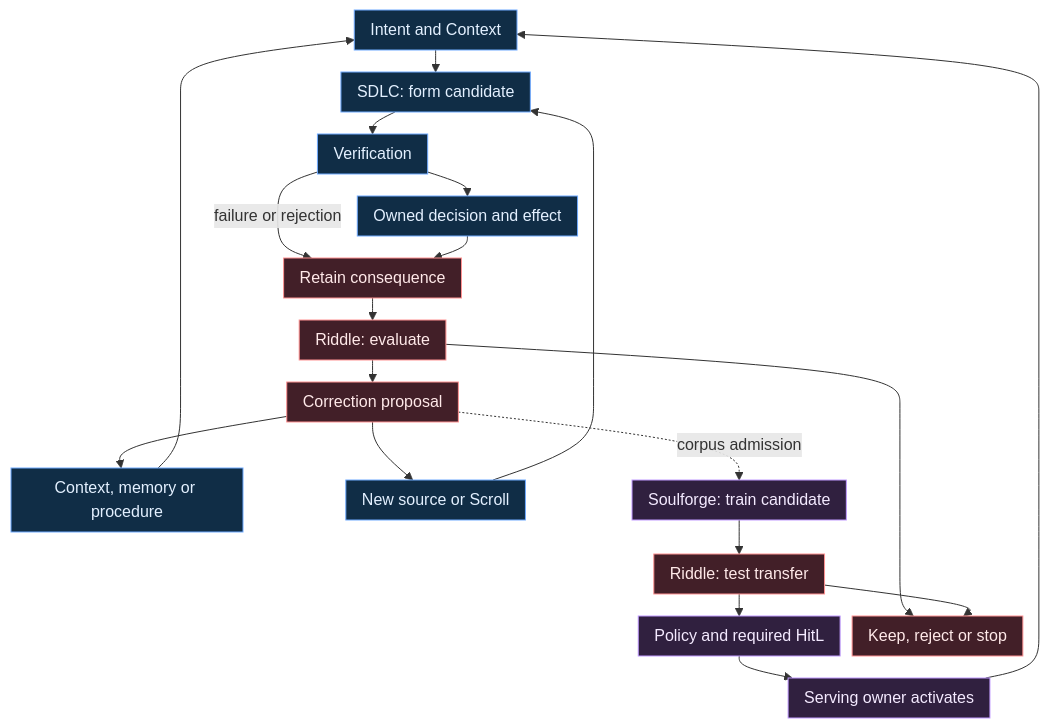
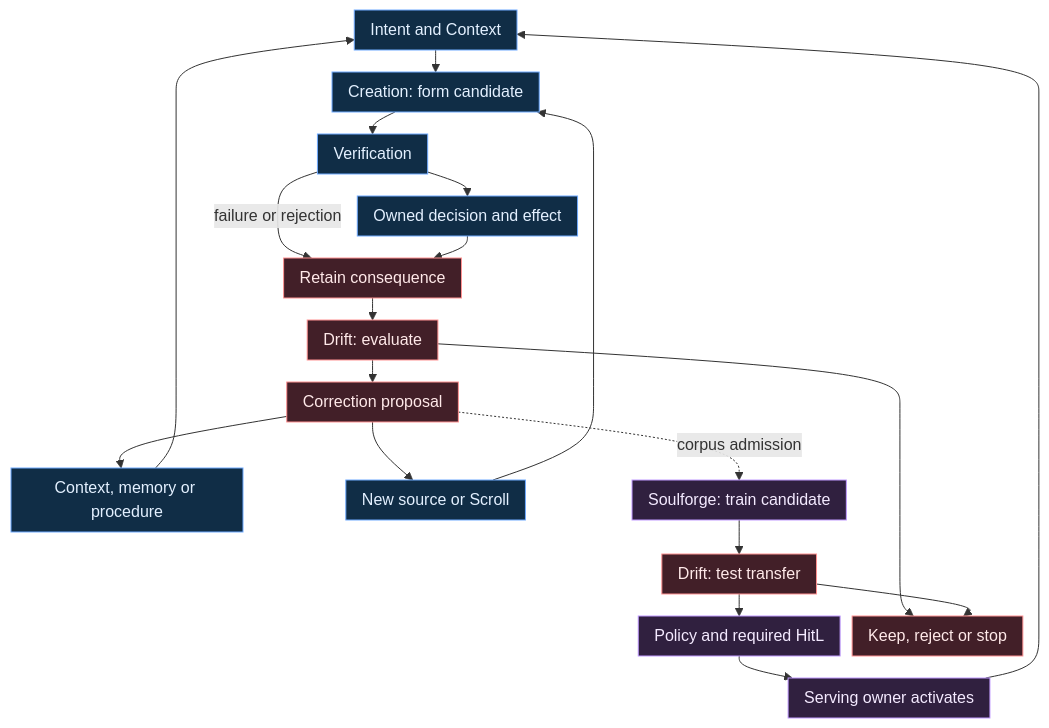
One commit to hexanomicon/lychd changed the diagram in docs/sepulcher/extensions/weaver/ouroboros.md. Above: the diagram before and after it, drawn with Mermaid. The commit also changed other lines of this file and 116 other files, not shown here.

````diff
--- a/docs/sepulcher/extensions/weaver/ouroboros.md
+++ b/docs/sepulcher/extensions/weaver/ouroboros.md
@@ -28,28 +33,28 @@
 ```mermaid
 %%{init: {"flowchart": {"nodeSpacing": 12, "rankSpacing": 22, "padding": 8}}}%%
 flowchart TB
-    I[Intent and Context] --> D[SDLC: form candidate]
+    I[Intent and Context] --> D[Creation: form candidate]
     D --> V[Verification]
     V --> P[Owned decision and effect]
     V -- failure or rejection --> O
     P --> O[Retain consequence]
-    O --> E[Riddle: evaluate]
+    O --> E[Drift: evaluate]
     E --> C[Correction proposal]
     C --> M[Context, memory or procedure]
     M --> I
     C --> N[New source or Scroll]
     N --> D
     C -. corpus admission .-> T[Soulforge: train candidate]
-    T --> R[Riddle: test transfer]
+    T --> R[Drift: test transfer]
     R --> A[Policy and required HitL]
     A --> B[Serving owner activates]
     B --> I
     E --> S[Keep, reject or stop]
     R --> S
     classDef work fill:#102d46,stroke:#6faaff,color:#e3f0ff
     classDef evaluation fill:#421f28,stroke:#ff9292,color:#ffe9e9
     classDef training fill:#30203f,stroke:#c09aff,color:#f4eaff
     class I,D,V,P,M,N work
     class O,E,C,R,S evaluation
     class T,A,B training
 ```
````
